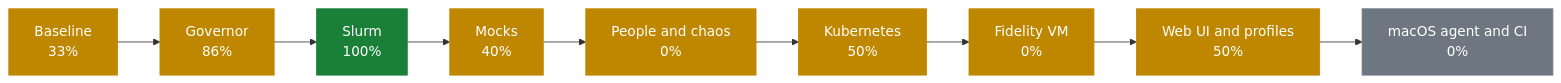
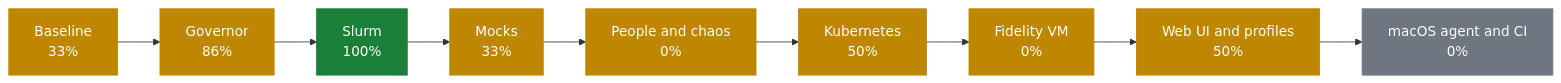
One commit to AhmedYousriSobhi/workbench changed the first of 2 diagrams in docs/PROGRESS.md. Above: the diagram before and after it, drawn with Mermaid. The commit also changed other lines of this file and 4 other files, not shown here.

````diff
--- a/docs/PROGRESS.md
+++ b/docs/PROGRESS.md
@@ -10,17 +10,17 @@
 ```mermaid
 flowchart LR
     p0["Baseline<br/>33%"]:::partial
     p1["Governor<br/>86%"]:::partial
     p2["Slurm<br/>100%"]:::done
-    p3["Mocks<br/>40%"]:::partial
+    p3["Mocks<br/>33%"]:::partial
     p4["People and chaos<br/>0%"]:::partial
     p5["Kubernetes<br/>50%"]:::partial
     p6["Fidelity VM<br/>0%"]:::partial
     p7["Web UI and profiles<br/>50%"]:::partial
     p8["macOS agent and CI<br/>0%"]:::todo
     p0 --> p1 --> p2 --> p3 --> p4 --> p5 --> p6 --> p7 --> p8
     classDef done fill:#1a7f37,stroke:#1a7f37,color:#fff
     classDef review fill:#0969da,stroke:#0969da,color:#fff
     classDef partial fill:#bf8700,stroke:#bf8700,color:#fff
     classDef todo fill:#6e7781,stroke:#6e7781,color:#fff
 ```
````
